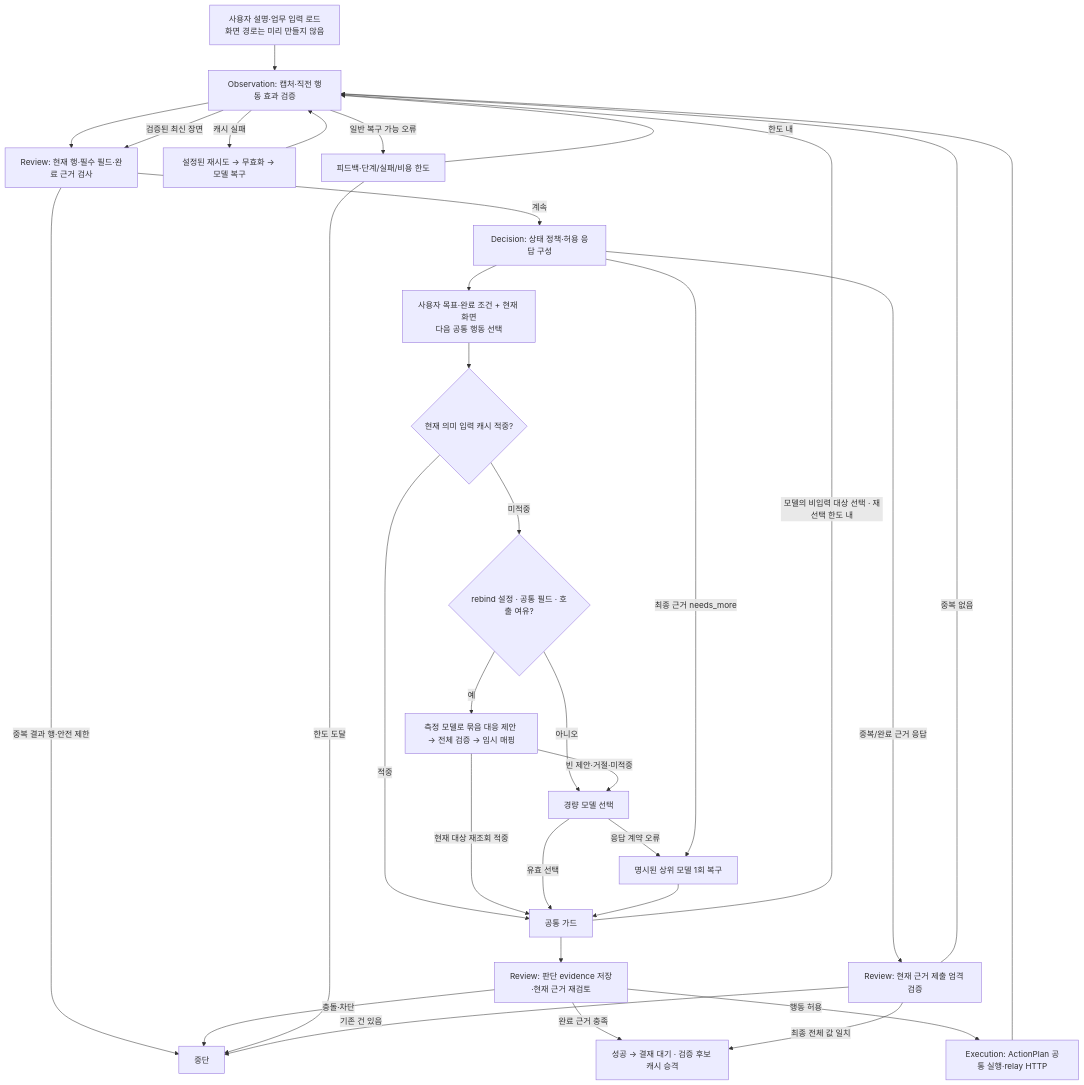
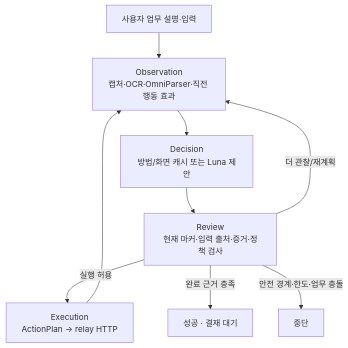
Before and after one commit to Dreamtreeme/agent-sawon: the second of 2 diagrams in docs/code-flow.md, drawn with Mermaid. The commit also changed other lines of this file and 16 other files, not shown here.

````diff
--- a/docs/code-flow.md
+++ b/docs/code-flow.md
@@ -28,35 +28,11 @@
 ```mermaid
 flowchart TD
-    PLAN["사용자 설명·업무 입력 로드<br/>화면 경로는 미리 만들지 않음"] --> O["Observation: 캡처·직전 행동 효과 검증"]
-    O --> R["Review: 현재 행·필수 필드·완료 근거 검사"]
-    R -->|중복 결과 행·안전 제한| STOP["중단"]
-    R -->|계속| POLICY["Decision: 상태 정책·허용 응답 구성"]
-    POLICY --> TASK["사용자 목표·완료 조건 + 현재 화면<br/>다음 공통 행동 선택"]
-    TASK --> CACHE{"현재 의미 입력 캐시 적중?"}
-    CACHE -->|적중| G["공통 가드"]
-    CACHE -->|미적중| RB{"rebind 설정 · 공통 필드 · 호출 여유?"}
-    RB -->|아니오| MODEL["경량 모델 선택"]
-    RB -->|예| MAP["측정 모델로 묶음 대응 제안 → 전체 검증 → 임시 매핑"]
-    MAP -->|현재 대상 재조회 적중| G
-    MAP -->|빈 제안·거절·미적중| MODEL
-    MODEL -->|유효 선택| G
-    MODEL -->|응답 계약 오류| HIGH["명시된 상위 모델 1회 복구"]
-    POLICY -->|최종 근거 needs_more| HIGH
-    HIGH --> G
-    G -->|모델의 비입력 대상 선택 · 재선택 한도 내| O
-    G --> PR["Review: 판단 evidence 저장·현재 근거 재검토"]
-    PR -->|완료 근거 충족| DONE
-    PR -->|충돌·차단| STOP
-    PR -->|행동 허용| ACT["Execution: ActionPlan 공통 실행·relay HTTP"]
-    ACT --> O
-    O -->|검증된 최신 장면| R
-    O -->|캐시 실패| RETRY["설정된 재시도 → 무효화 → 모델 복구"]
-    RETRY --> O
-    O -->|일반 복구 가능 오류| BOUND["피드백·단계/실패/비용 한도"]
-    BOUND -->|한도 내| O
-    BOUND -->|한도 도달| STOP
-    POLICY -->|중복/완료 근거 응답| PROOF["Review: 현재 근거 제출 엄격 검증"]
-    PROOF -->|중복 없음| O
-    PROOF -->|기존 건 있음| STOP
-    PROOF -->|최종 전체 값 일치| DONE["성공 → 결재 대기 · 검증 후보 캐시 승격"]
+    START["사용자 업무 설명·입력"] --> O["Observation<br/>캡처·OCR·OmniParser·직전 행동 효과"]
+    O --> D["Decision<br/>방법/화면 캐시 또는 Luna 제안"]
+    D --> R["Review<br/>현재 마커·입력 출처·증거·정책 검사"]
+    R -->|실행 허용| E["Execution<br/>ActionPlan → relay HTTP"]
+    E --> O
+    R -->|더 관찰/재계획| O
+    R -->|완료 근거 충족| DONE["성공 · 결재 대기"]
+    R -->|안전 경계·한도·업무 충돌| STOP["중단"]
 ```
````
